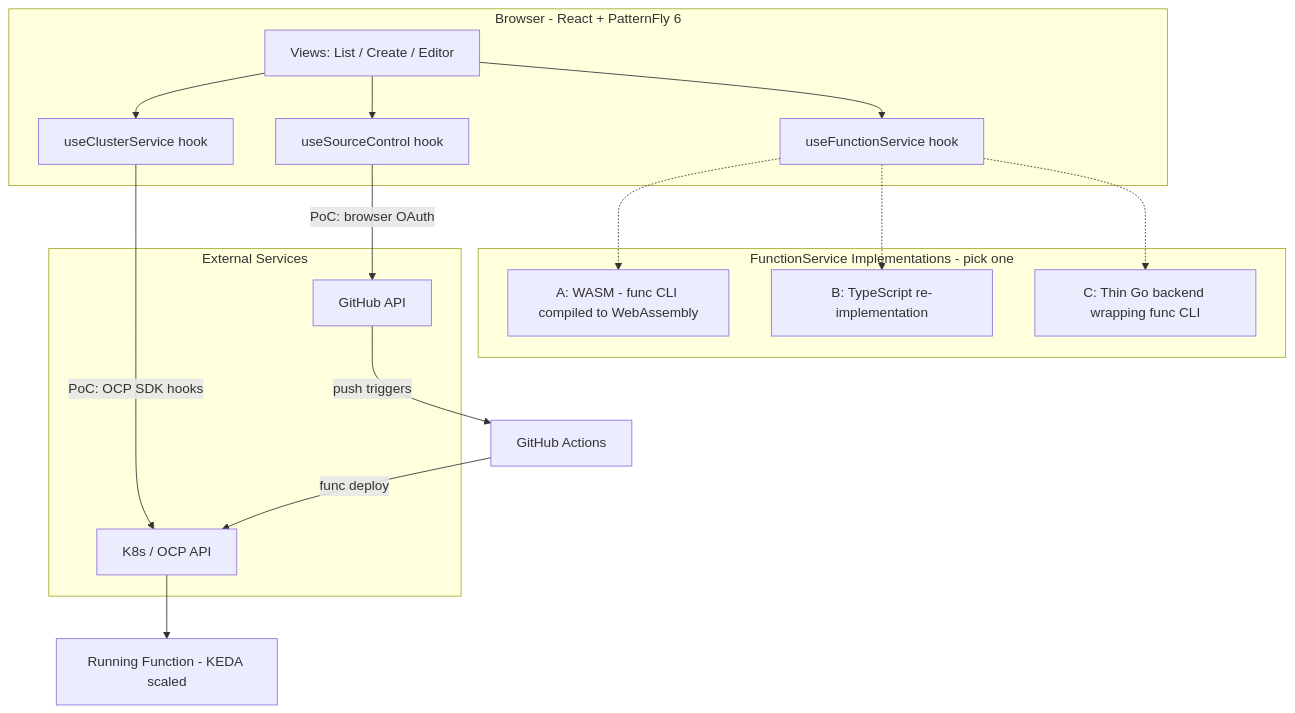
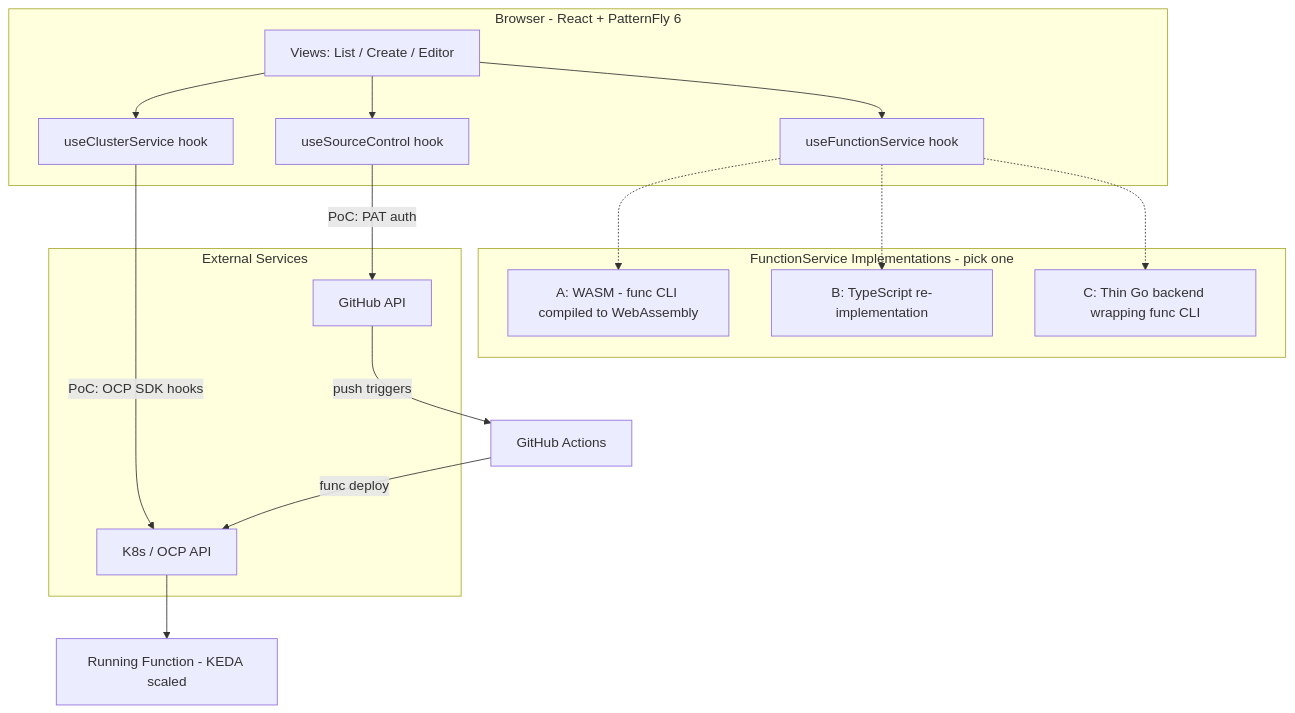
The first of 2 diagrams in .claude/plans/2026-03-16-faas-poc-design.md (matejvasek/func-console), drawn with Mermaid before and after one commit. The commit also changed other lines of this file, not shown here.

````diff
--- a/.claude/plans/2026-03-16-faas-poc-design.md
+++ b/.claude/plans/2026-03-16-faas-poc-design.md
@@ -18,35 +18,35 @@
 ```mermaid
 flowchart TB
     subgraph UI [Browser - React + PatternFly 6]
         VIEWS[Views: List / Create / Editor]
         FS[useFunctionService hook]
         SCS[useSourceControl hook]
         CS[useClusterService hook]
     end
 
     subgraph FS_IMPL [FunctionService Implementations - pick one]
         WASM[A: WASM - func CLI compiled to WebAssembly]
         TSIMPL[B: TypeScript re-implementation]
         BACKEND[C: Thin Go backend wrapping func CLI]
     end
 
     subgraph External [External Services]
         GH[GitHub API]
         K8S[K8s / OCP API]
     end
 
     VIEWS --> FS
     VIEWS --> SCS
     VIEWS --> CS
 
     FS -.-> WASM
     FS -.-> TSIMPL
     FS -.-> BACKEND
 
-    SCS -->|PoC: browser OAuth| GH
+    SCS -->|PoC: PAT auth| GH
     CS -->|PoC: OCP SDK hooks| K8S
 
     GH -->|push triggers| GHA[GitHub Actions]
     GHA -->|func deploy| K8S
     K8S --> FUNC[Running Function - KEDA scaled]
 ```
````
